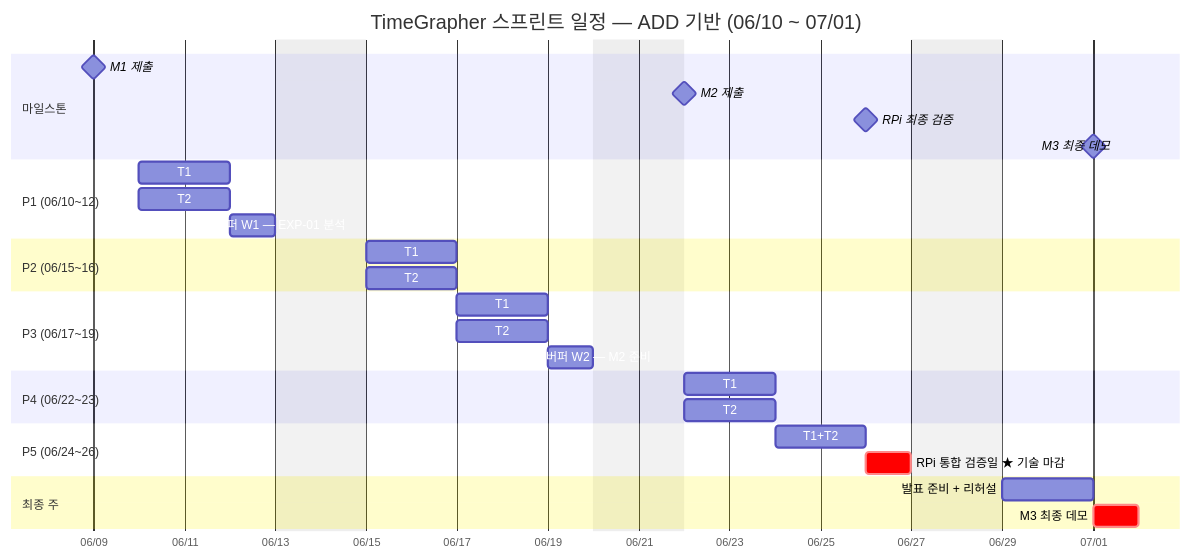
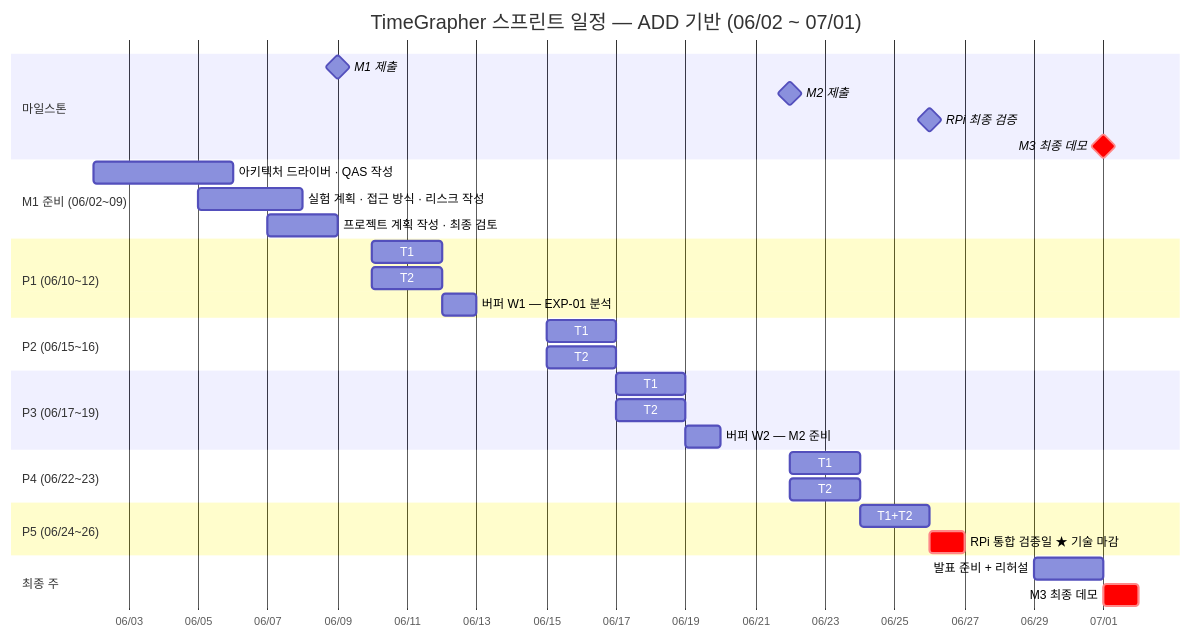
One commit to Ji-Min-Lee/2026-3-sw-architect-studio-project changed the second of 2 diagrams in docs/milestone1/final-presentation-kr/project-plan_kr.md. Above: the diagram before and after it, drawn with Mermaid.

Commit message:
docs: add M1 prep period to gantt and remove excludes weekends for wider bars

````diff
--- a/docs/milestone1/final-presentation-kr/project-plan_kr.md
+++ b/docs/milestone1/final-presentation-kr/project-plan_kr.md
@@ -150,39 +150,43 @@
 ```mermaid
 gantt
-    title TimeGrapher 스프린트 일정 — ADD 기반 (06/10 ~ 07/01)
+    title TimeGrapher 스프린트 일정 — ADD 기반 (06/02 ~ 07/01)
     dateFormat  YYYY-MM-DD
     axisFormat  %m/%d
-    excludes weekends
 
     section 마일스톤
     M1 제출         :milestone, m1, 2026-06-09, 0d
     M2 제출         :milestone, m2, 2026-06-22, 0d
     RPi 최종 검증  :milestone, rpidone, 2026-06-26, 0d
-    M3 최종 데모   :milestone, m3, 2026-07-01, 0d
+    M3 최종 데모   :crit, milestone, m3, 2026-07-01, 0d
+
+    section M1 준비 (06/02~09)
+    아키텍처 드라이버 · QAS 작성          :m1a, 2026-06-02, 4d
+    실험 계획 · 접근 방식 · 리스크 작성   :m1b, 2026-06-05, 3d
+    프로젝트 계획 작성 · 최종 검토        :m1c, 2026-06-07, 2d
 
     section P1 (06/10~12)
     T1: QAS-1 실시간 (AP-1+AP-2+EXP-01)  :s1t1, 2026-06-10, 2d
     T2: QAS-5 기반 (AP-3 설계)            :s1t2, 2026-06-10, 2d
     버퍼 W1 — EXP-01 분석                 :buf1, 2026-06-12, 1d
 
     section P2 (06/15~16)
     T1: QAS-1 완성 (AP-6 폴백)            :s2t1, 2026-06-15, 2d
     T2: QAS-3 시작 (AP-3+AP-4+EXP-03)    :s2t2, 2026-06-15, 2d
 
     section P3 (06/17~19)
     T1: QAS-2 저지연 (EXP-02+AP-7a)      :s3t1, 2026-06-17, 2d
     T2: QAS-3 완성 (EXP-03+AP-5)         :s3t2, 2026-06-17, 2d
     버퍼 W2 — M2 준비                     :buf2, 2026-06-19, 1d
 
     section P4 (06/22~23)
     T1: QAS-4 사용성 + 핵심 그래프        :s4t1, 2026-06-22, 2d
     T2: QAS-5 전체 그래프 구현            :s4t2, 2026-06-22, 2d
 
     section P5 (06/24~26)
     T1+T2: RPi 통합 빌드 + 안정화         :s5, 2026-06-24, 2d
     RPi 통합 검증일 ★ 기술 마감           :crit, rpiv, 2026-06-26, 1d
 
     section 최종 주
     발표 준비 + 리허설                    :pp, 2026-06-29, 2d
     M3 최종 데모                          :crit, demo, 2026-07-01, 1d
 ```
````
